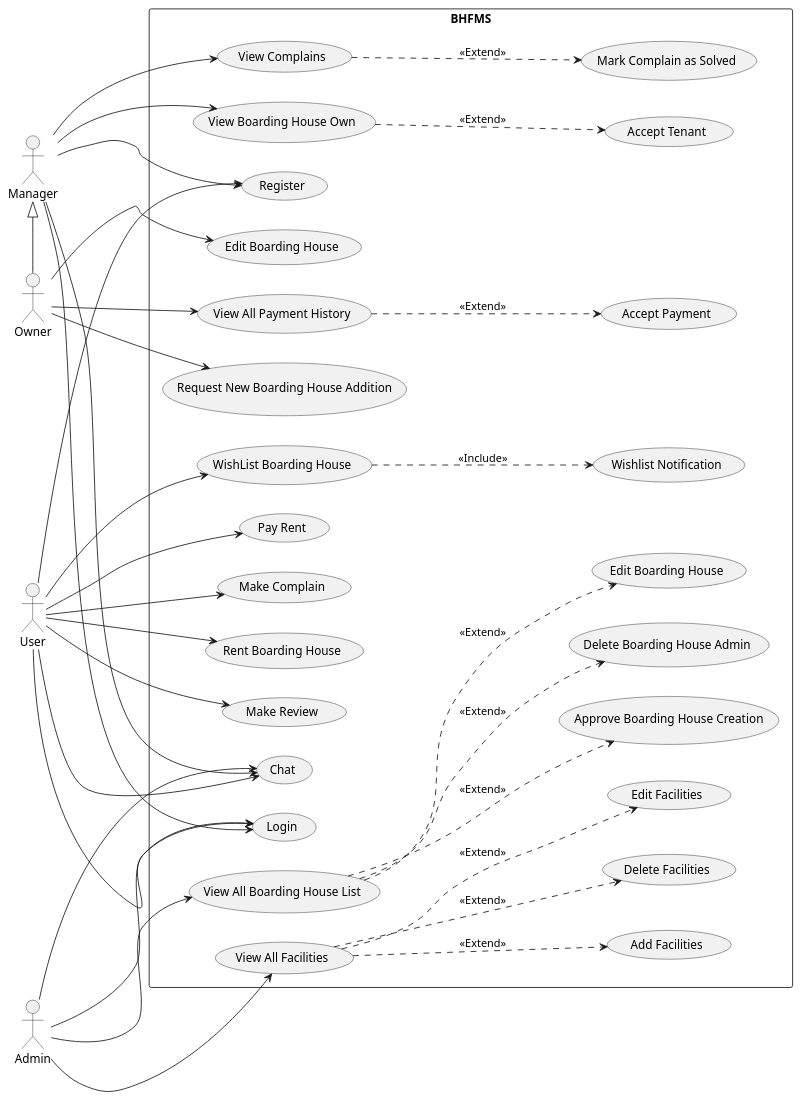
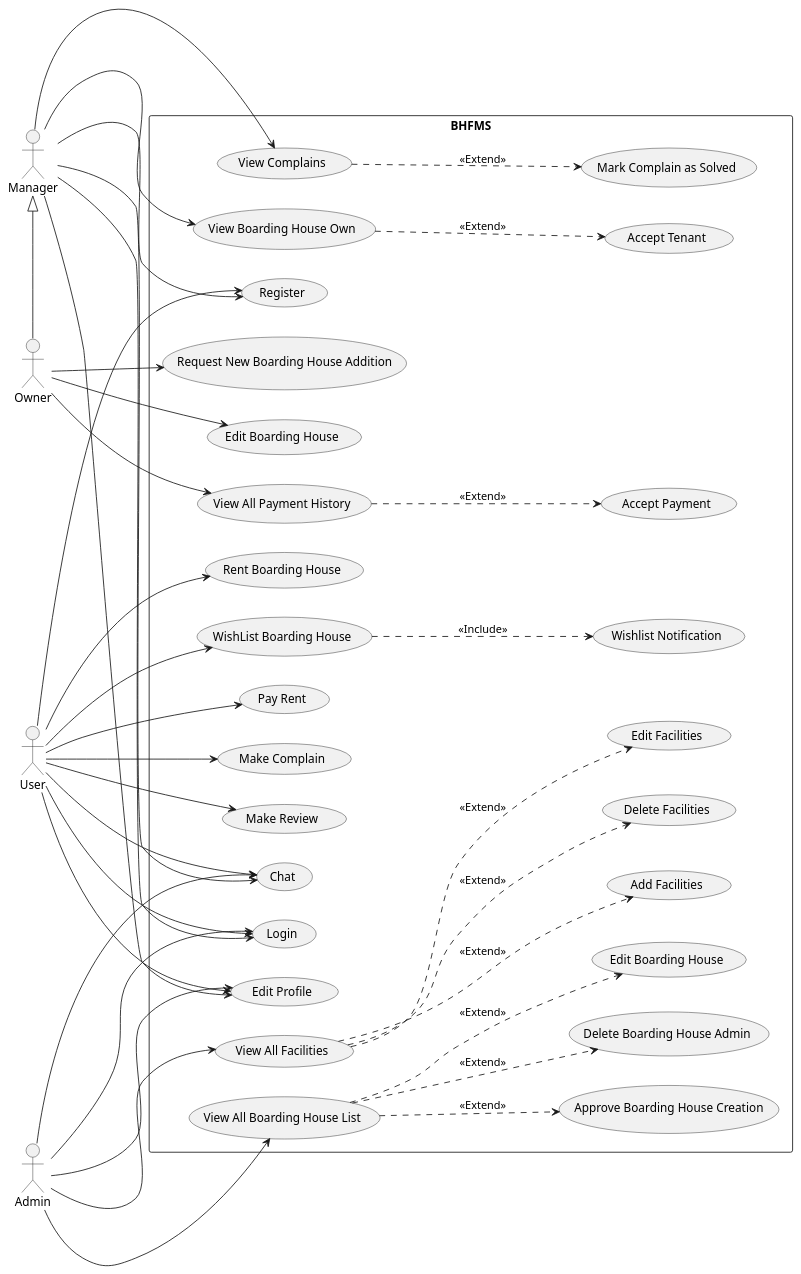
Before and after one commit to AntWort21/BHFMS: the diagram in Design/BHFMS_USE_Case.puml, drawn with PlantUML. The commit also changed 4 other files, not shown here.

Commit message:
Update with Edit Profile + Some Fixes to CRUD activity

```diff
--- a/Design/BHFMS_USE_Case.puml
+++ b/Design/BHFMS_USE_Case.puml
@@ -1,108 +1,104 @@
 @startuml
 left to right direction
 
 rectangle BHFMS {
     ' General'
     usecase (Chat) as cht
     usecase (Login) as lgn
     usecase (Register) as rgs
+    usecase (Edit Profile) as edt_profile
 
     ' Manager'
     usecase (View Complains) as view_cmpln
     usecase (Mark Complain as Solved) as rply_cmpln
     usecase (Accept Tenant) as accept_tenant
     usecase (View Boarding House Own) as view_bh
     
     ' Boarding House Owner'
     usecase (Request New Boarding House Addition) as req_bh
     usecase (Edit Boarding House) as edit_bh
 
     ' User'
     usecase (Rent Boarding House) as rent_bh
     usecase (WishList Boarding House) as wish_bh
     usecase (Pay Rent) as rpymnt
     usecase (Make Complain) as cmpln
     usecase (Make Review) as rvw
     usecase (Wishlist Notification) as ntf_wl_bh
 
     ' Supervisor / Admin'
     usecase (View All Boarding House List) as show_bh_admin
     usecase (Rent Boarding House) as rent_bh
     usecase (Delete Boarding House Admin) as del_bh_admin
     usecase (Edit Boarding House) as edit_bh_admin
     usecase (Approve Boarding House Creation) as aprv_bh_admin
 
     'Penamaanny slh bikin bingung'
     usecase (View All Facilities) as show_fcl_admin 
     usecase (Delete Facilities) as del_fcl_admin
     usecase (Edit Facilities) as edit_fcl_admin
     usecase (Add Facilities) as aprv_fcl_admin
+    
     usecase (View All Payment History) as view_payment
     usecase (Accept Payment) as accpt_payment
 }
 
 actor :Owner: as own
 actor :User: as user
 actor :Admin: as adm
 actor :Manager: as mngr
 
-'Use case blm ad activityny'
+
+adm ---> edt_profile
+user ---> edt_profile
+mngr ---> edt_profile
+
 own ---> view_payment
 view_payment ...> accpt_payment: <<Extend>>
-' usecase (Delete Amenities) as del_amnt
-' usecase (Edit Amenities) as edit_amnt
-
-' user <|-down- Admin
-' user <|-down-Manager
-' Manager <-down-Owner
-
-
-' adm <|-down- user
-' adm <|-down- mngr
 
 mngr <|-right- own
 
 mngr ---> view_bh
 
 adm ---> lgn
 user ---> lgn
 mngr ---> lgn
 
 adm ---> cht
 user ---> cht
 mngr ---> cht
 
 user ---> rgs
 mngr ---> rgs
 
 adm ---> show_bh_admin
 adm ---> show_fcl_admin
 
 user ---> rpymnt
 user ---> rent_bh
 user ---> cmpln
 user ---> rvw
 user ---> wish_bh
 wish_bh ...> ntf_wl_bh: <<Include>>
 
 
 mngr ---> view_cmpln
 view_cmpln ...> rply_cmpln: <<Extend>>
 ' mngr ---> view_bh
 
 ' CRUD Boarding House
 ' view_bh ...> req_bh: <<Extend>>
 ' view_bh ...> edit_bh: <<Extend>>
 own ---> edit_bh
 own ---> req_bh
 
 show_bh_admin ...> del_bh_admin: <<Extend>>
 show_bh_admin ...> edit_bh_admin: <<Extend>>
 show_bh_admin ...> aprv_bh_admin: <<Extend>>
 
 show_fcl_admin ...> del_fcl_admin: <<Extend>>
 show_fcl_admin ...> edit_fcl_admin: <<Extend>>
 show_fcl_admin ...> aprv_fcl_admin: <<Extend>>
 
 view_bh ...>  accept_tenant: <<Extend>>
 @enduml
```
